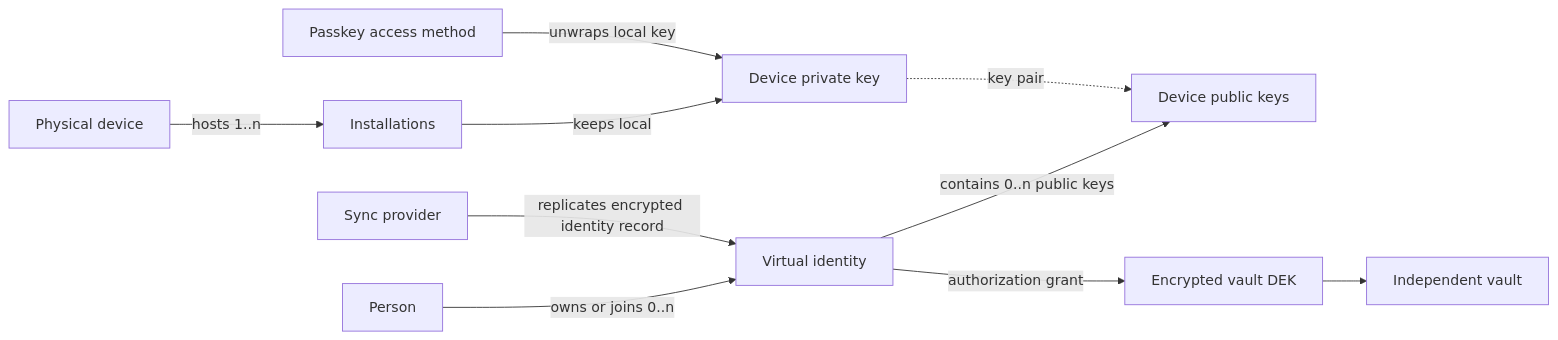
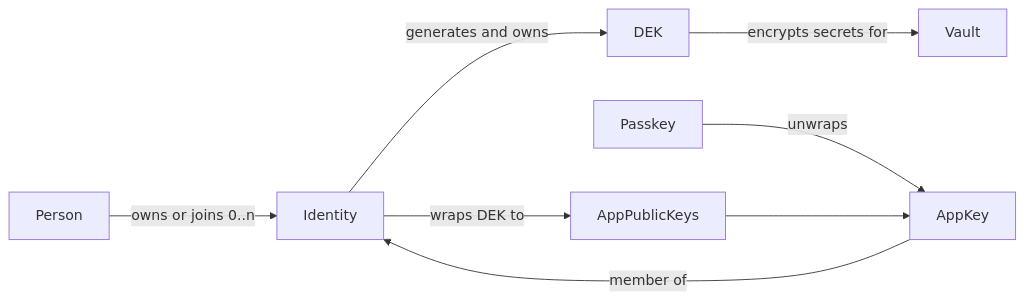
Before and after one commit to meta-secret/nook: the diagram in .cortex/design-docs/identity-vault-architecture.md, drawn with Mermaid. The commit also changed other lines of this file and 26 other files, not shown here.

First line of the commit message:
Make Identity first-class with app keys and identity-owned vault DEKs.

````diff
--- a/.cortex/design-docs/identity-vault-architecture.md
+++ b/.cortex/design-docs/identity-vault-architecture.md
@@ -29,14 +29,10 @@
 ```mermaid
 flowchart LR
-  U[Person] -->|owns or joins 0..n| I[Virtual identity]
-  R[Sync provider] -->|replicates encrypted identity record| I
-
-  I -->|contains 0..n public keys| DKP[Device public keys]
-  PD[Physical device] -->|hosts 1..n| IN[Installations]
-  IN -->|keeps local| DKS[Device private key]
-  DKS -. key pair .-> DKP
-
-  PK[Passkey access method] -->|unwraps local key| DKS
-  I -->|authorization grant| A[Encrypted vault DEK]
-  A --> V[Independent vault]
+  Person -->|owns or joins 0..n| Identity
+  Passkey -->|unwraps| AppKey
+  AppKey -->|member of| Identity
+  Identity -->|generates and owns| DEK
+  DEK -->|encrypts secrets for| Vault
+  Identity -->|wraps DEK to| AppPublicKeys
+  AppPublicKeys --> AppKey
 ```
````
